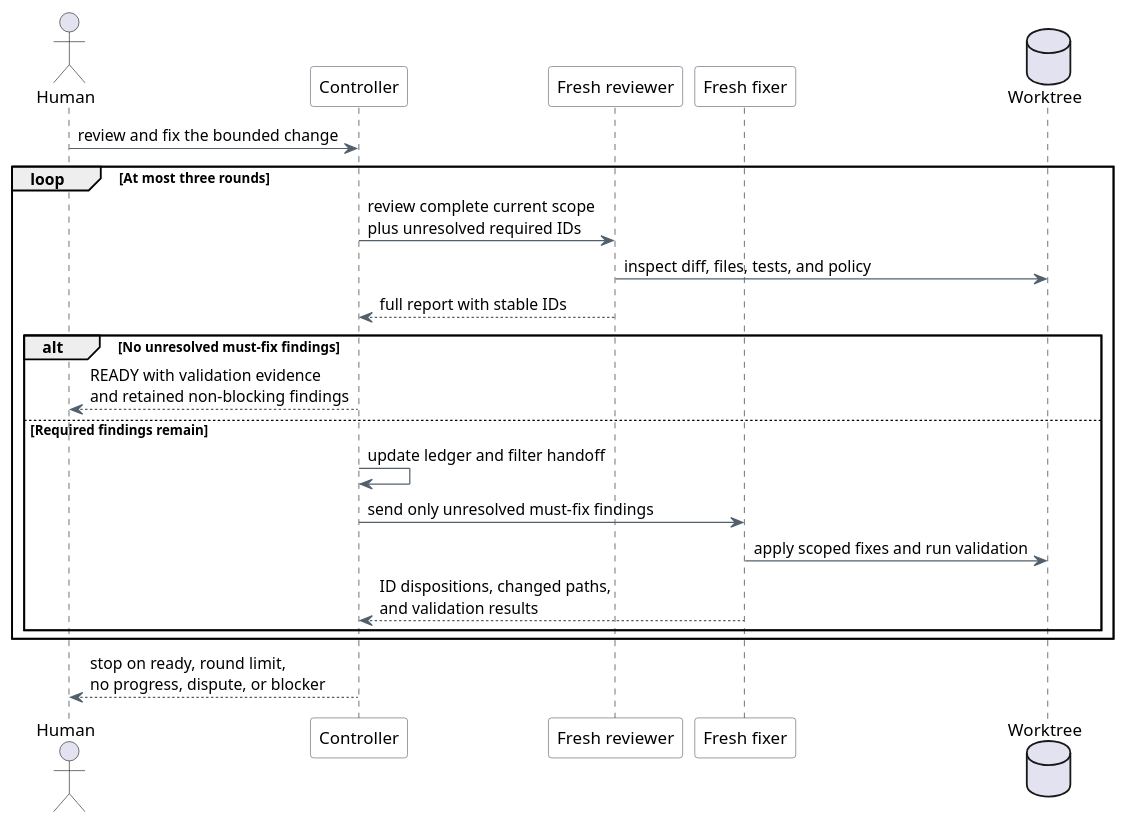
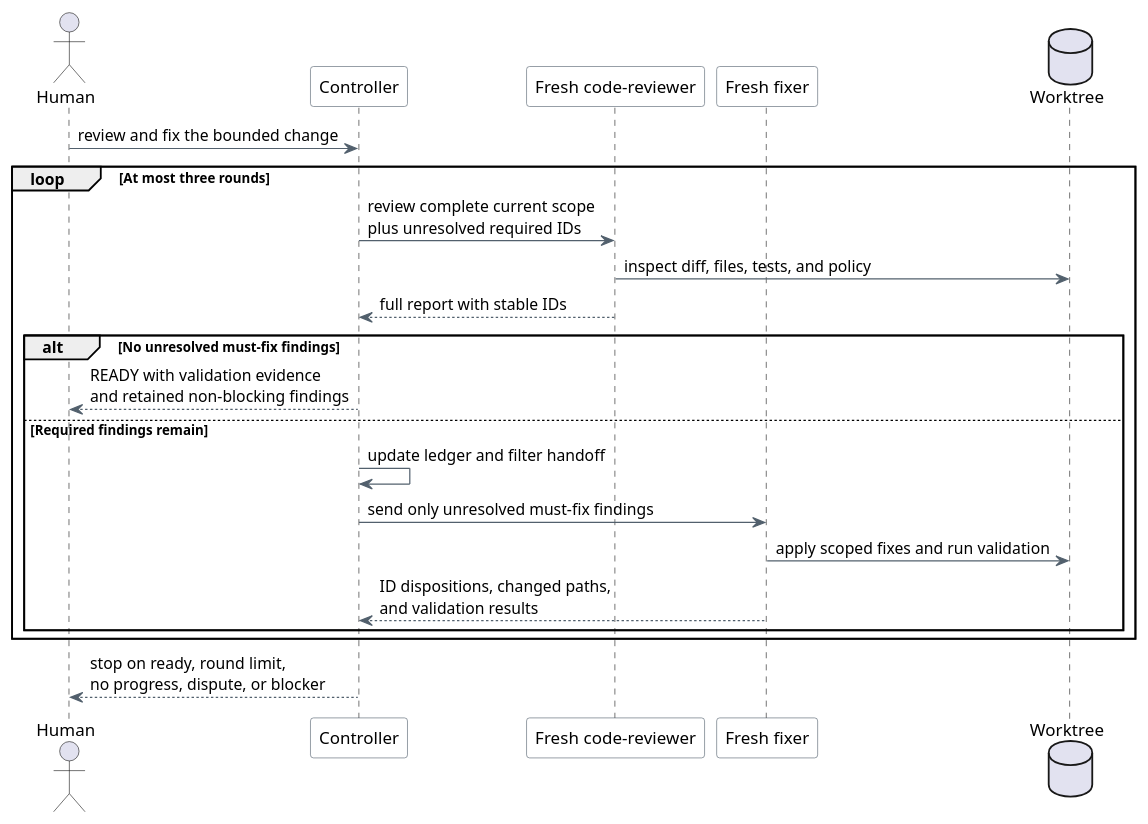
Before and after one commit to sirius-cc-wu/sirius-skills: the second of 2 diagrams in docs/subagent-review-fix-loop.md, drawn with PlantUML. The commit also changed other lines of this file and 3 other files, not shown here.

````diff
--- a/docs/subagent-review-fix-loop.md
+++ b/docs/subagent-review-fix-loop.md
@@ -216,37 +227,37 @@
 ```plantuml
-@startuml pi-subagent-review-fix-sequence
+@startuml subagent-review-fix-sequence
 skinparam backgroundColor #FFFFFF
 skinparam shadowing false
 skinparam defaultFontName Arial
 skinparam ArrowColor #52606D
 skinparam ParticipantBorderColor #52606D
 skinparam ParticipantBackgroundColor #FFFFFF
 skinparam LifeLineBorderColor #52606D
 skinparam LifeLineBackgroundColor #FFFFFF
 
 actor Human
 participant Controller
-participant "Fresh reviewer" as Reviewer
+participant "Fresh code-reviewer" as Reviewer
 participant "Fresh fixer" as Fixer
 database Worktree
 
 Human -> Controller : review and fix the bounded change
 
 loop At most three rounds
   Controller -> Reviewer : review complete current scope\nplus unresolved required IDs
   Reviewer -> Worktree : inspect diff, files, tests, and policy
   Reviewer --> Controller : full report with stable IDs
 
   alt No unresolved must-fix findings
     Controller --> Human : READY with validation evidence\nand retained non-blocking findings
   else Required findings remain
     Controller -> Controller : update ledger and filter handoff
     Controller -> Fixer : send only unresolved must-fix findings
     Fixer -> Worktree : apply scoped fixes and run validation
     Fixer --> Controller : ID dispositions, changed paths,\nand validation results
   end
 end
 
 Controller --> Human : stop on ready, round limit,\nno progress, dispute, or blocker
 @enduml
 ```
````
